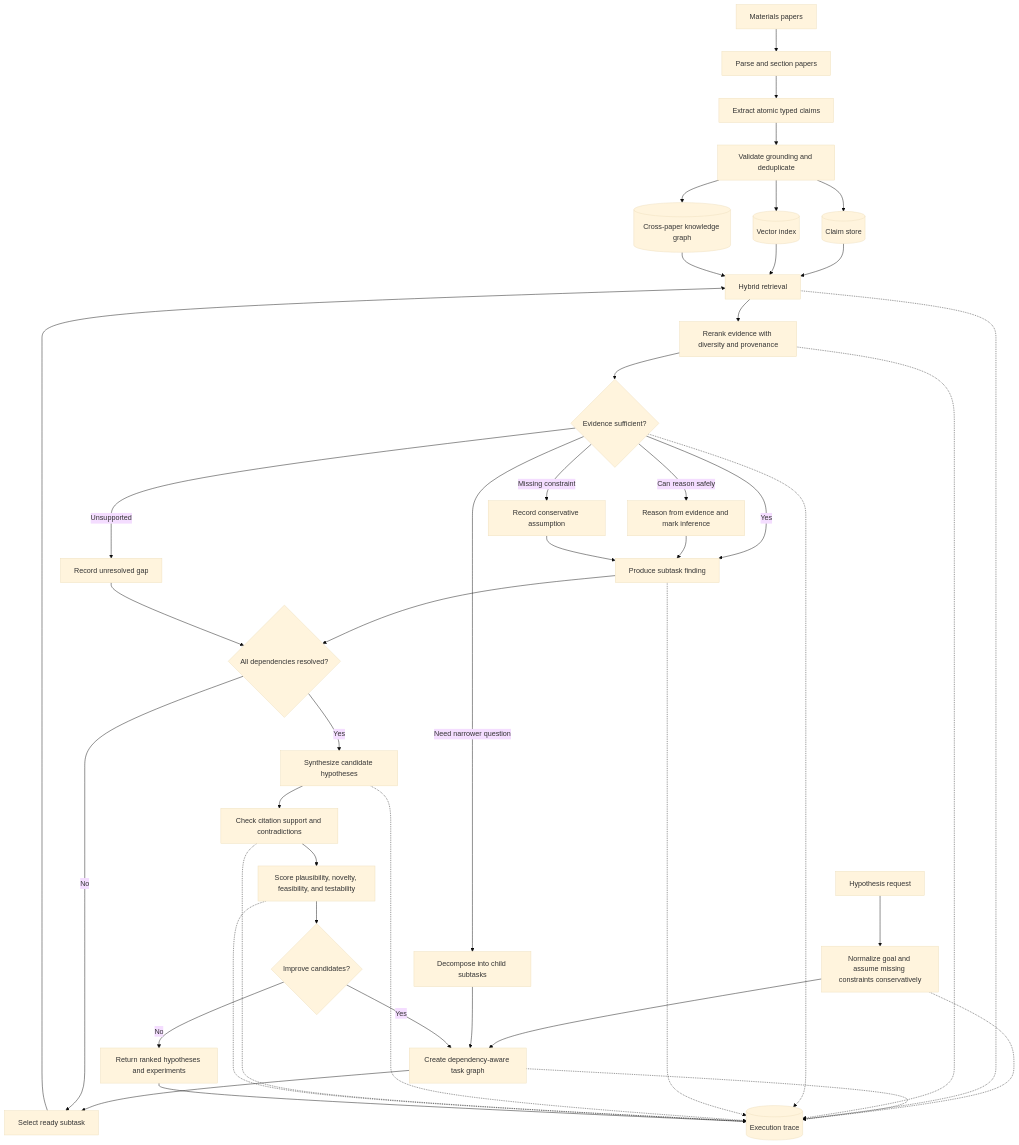
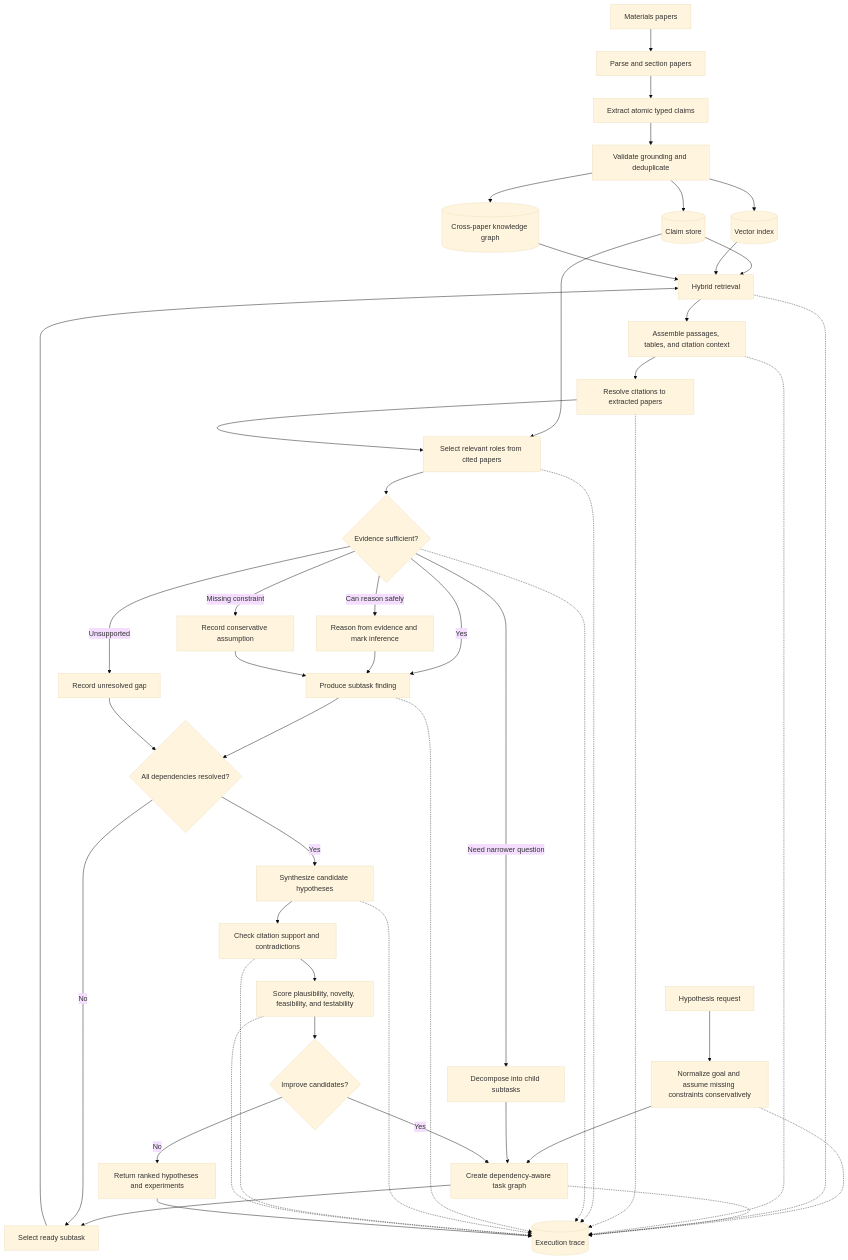
The diagram in README.md (yadyneshsonale/materials-hypothesis-generation), drawn with Mermaid (base theme) before and after one commit. The commit also changed other lines of this file and 80 other files, not shown here.

````diff
--- a/README.md
+++ b/README.md
@@ -27,51 +27,56 @@
 ```mermaid
 flowchart TD
    A[Materials papers] --> B[Parse and section papers]
    B --> C[Extract atomic typed claims]
    C --> D[Validate grounding and deduplicate]
    D --> E[(Claim store)]
    D --> F[(Vector index)]
    D --> G[(Cross-paper knowledge graph)]
 
   U[Hypothesis request] --> H[Normalize goal and assume missing constraints conservatively]
    H --> I[Create dependency-aware task graph]
    I --> J[Select ready subtask]
 
    J --> K[Hybrid retrieval]
    E --> K
    F --> K
    G --> K
-   K --> L[Rerank evidence with diversity and provenance]
-   L --> M{Evidence sufficient?}
+  K --> L[Assemble passages, tables, and citation context]
+  L --> CA[Resolve citations to extracted papers]
+  E --> CR[Select relevant roles from cited papers]
+  CA --> CR
+  CR --> M{Evidence sufficient?}
 
    M -->|Yes| N[Produce subtask finding]
    M -->|Can reason safely| O[Reason from evidence and mark inference]
    M -->|Need narrower question| P[Decompose into child subtasks]
   M -->|Missing constraint| Q[Record conservative assumption]
    M -->|Unsupported| R[Record unresolved gap]
 
    O --> N
    P --> I
   Q --> N
    N --> S{All dependencies resolved?}
    R --> S
    S -->|No| J
    S -->|Yes| T[Synthesize candidate hypotheses]
 
    T --> V[Check citation support and contradictions]
    V --> W[Score plausibility, novelty, feasibility, and testability]
    W --> X{Improve candidates?}
    X -->|Yes| I
    X -->|No| Y[Return ranked hypotheses and experiments]
 
    H -.-> Z[(Execution trace)]
    I -.-> Z
    K -.-> Z
    L -.-> Z
+  CA -.-> Z
+  CR -.-> Z
    M -.-> Z
    N -.-> Z
    T -.-> Z
    V -.-> Z
    W -.-> Z
    Y --> Z
 ```
````
